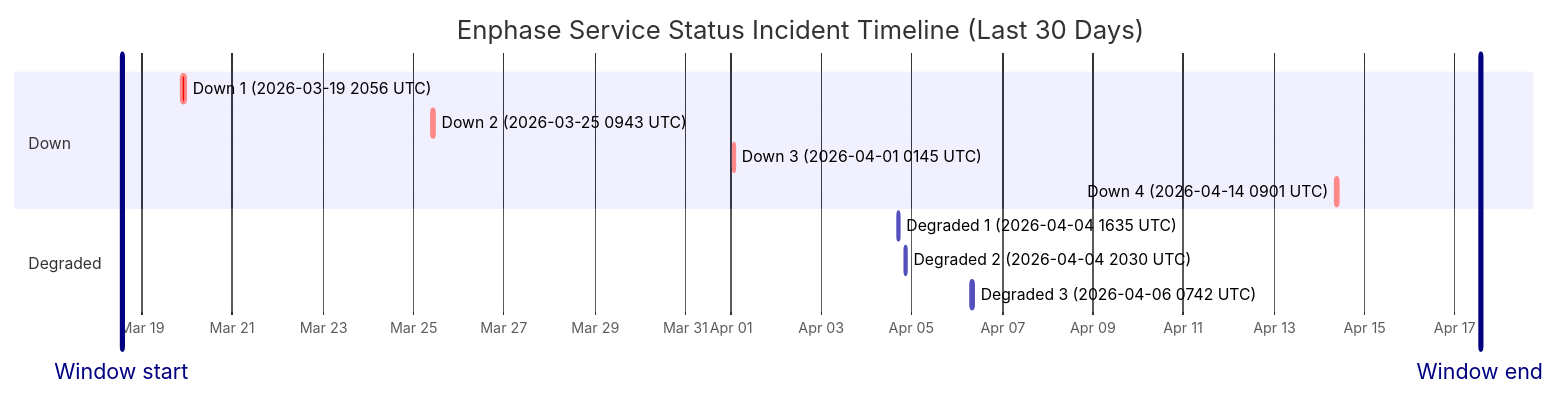
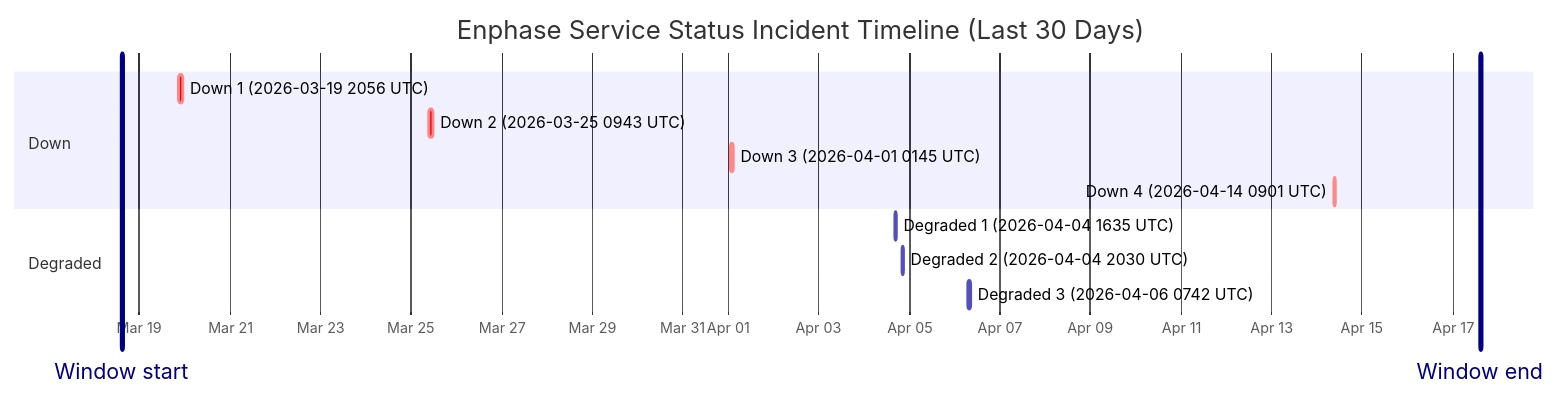
Before and after one commit to barneyonline/ha-enphase-ev-charger: the diagram in wiki/Service-Status-History.md, drawn with Mermaid. The commit also changed other lines of this file and 3 other files, not shown here.

````diff
--- a/wiki/Service-Status-History.md
+++ b/wiki/Service-Status-History.md
@@ -14,17 +14,17 @@
 ```mermaid
 gantt
     title Enphase Service Status Incident Timeline (Last 30 Days)
     dateFormat  YYYY-MM-DDTHH:mm:ss
     axisFormat  %b %d
-    Window start :vert, window-start, 2026-03-18T13:18:02, 0ms
-    Window end :vert, window-end, 2026-04-17T13:18:02, 0ms
+    Window start :vert, window-start, 2026-03-18T14:40:05, 0ms
+    Window end :vert, window-end, 2026-04-17T14:40:05, 0ms
     section Down
     Down 1 (2026-03-19 2056 UTC) :crit, down-1, 2026-03-19T20:56:20, 145m
     Down 2 (2026-03-25 0943 UTC) :crit, down-2, 2026-03-25T09:43:28, 111m
     Down 3 (2026-04-01 0145 UTC) :crit, down-3, 2026-04-01T01:45:09, 60m
     Down 4 (2026-04-14 0901 UTC) :crit, down-4, 2026-04-14T09:01:13, 60m
     section Degraded
     Degraded 1 (2026-04-04 1635 UTC) :active, degraded-1, 2026-04-04T16:35:17, 60m
     Degraded 2 (2026-04-04 2030 UTC) :active, degraded-2, 2026-04-04T20:30:40, 60m
     Degraded 3 (2026-04-06 0742 UTC) :active, degraded-3, 2026-04-06T07:42:09, 85m
 ```
````
